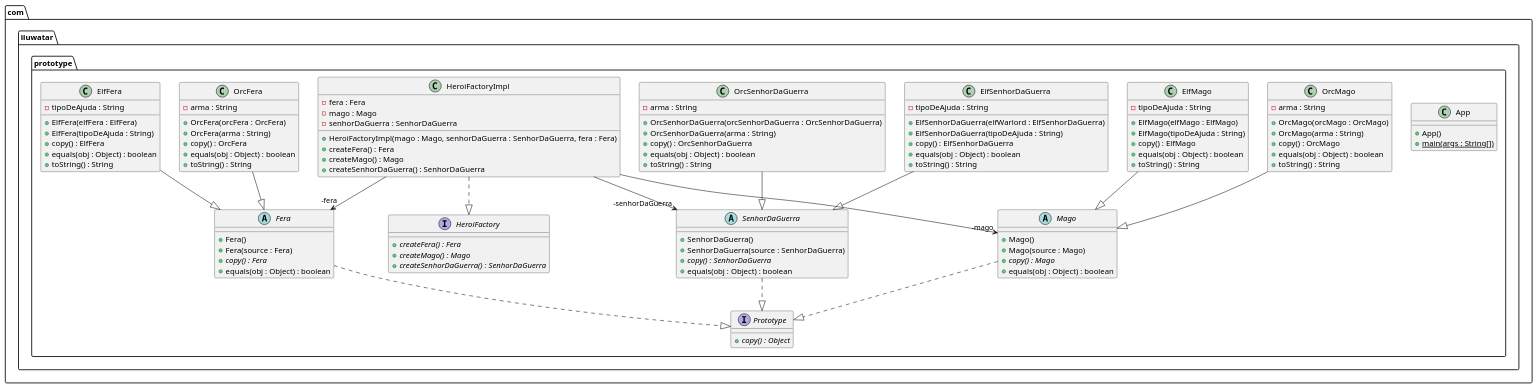
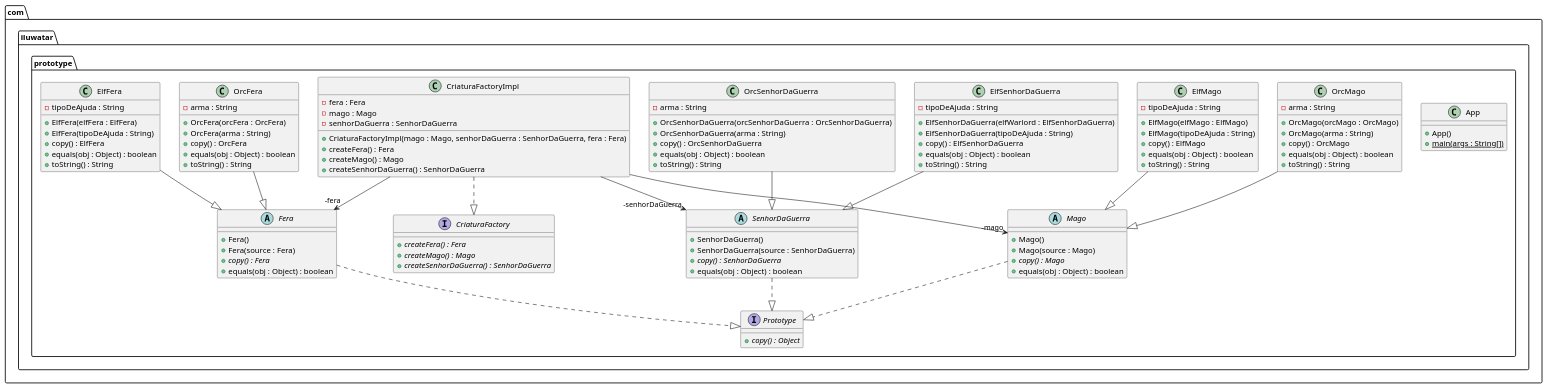
Before and after one commit to jeanLuizInsight/design-patterns-java: the diagram in src/creational/prototype/diagramas/Prototype.puml, drawn with PlantUML. The commit also changed 12 other files, not shown here.

```diff
--- a/src/creational/prototype/diagramas/Prototype.puml
+++ b/src/creational/prototype/diagramas/Prototype.puml
@@ -1,104 +1,104 @@
 @startuml
 package com.iluwatar.prototype {
   class App {
     + App()
     + main(args : String[]) {static}
   }
   interface Prototype {
     + copy() : Object {abstract}
   }
   abstract class Fera {
     + Fera()
     + Fera(source : Fera)
     + copy() : Fera {abstract}
     + equals(obj : Object) : boolean
   }
   abstract class Mago {
     + Mago()
     + Mago(source : Mago)
     + copy() : Mago {abstract}
     + equals(obj : Object) : boolean
   }
   abstract class SenhorDaGuerra {
     + SenhorDaGuerra()
     + SenhorDaGuerra(source : SenhorDaGuerra)
     + copy() : SenhorDaGuerra {abstract}
     + equals(obj : Object) : boolean
   }
   class ElfFera {
     - tipoDeAjuda : String
     + ElfFera(elfFera : ElfFera)
     + ElfFera(tipoDeAjuda : String)
     + copy() : ElfFera
     + equals(obj : Object) : boolean
     + toString() : String
   }
   class ElfMago {
     - tipoDeAjuda : String
     + ElfMago(elfMago : ElfMago)
     + ElfMago(tipoDeAjuda : String)
     + copy() : ElfMago
     + equals(obj : Object) : boolean
     + toString() : String
   }
   class ElfSenhorDaGuerra {
     - tipoDeAjuda : String
     + ElfSenhorDaGuerra(elfWarlord : ElfSenhorDaGuerra)
     + ElfSenhorDaGuerra(tipoDeAjuda : String)
     + copy() : ElfSenhorDaGuerra
     + equals(obj : Object) : boolean
     + toString() : String
   }
   class OrcFera {
     - arma : String
     + OrcFera(orcFera : OrcFera)
     + OrcFera(arma : String)
     + copy() : OrcFera
     + equals(obj : Object) : boolean
     + toString() : String
   }
   class OrcMago {
     - arma : String
     + OrcMago(orcMago : OrcMago)
     + OrcMago(arma : String)
     + copy() : OrcMago
     + equals(obj : Object) : boolean
     + toString() : String
   }
   class OrcSenhorDaGuerra {
     - arma : String
     + OrcSenhorDaGuerra(orcSenhorDaGuerra : OrcSenhorDaGuerra)
     + OrcSenhorDaGuerra(arma : String)
     + copy() : OrcSenhorDaGuerra
     + equals(obj : Object) : boolean
     + toString() : String
   }
-  interface HeroiFactory {
+  interface CriaturaFactory {
     + createFera() : Fera {abstract}
     + createMago() : Mago {abstract}
     + createSenhorDaGuerra() : SenhorDaGuerra {abstract}
   }
-  class HeroiFactoryImpl {
+  class CriaturaFactoryImpl {
     - fera : Fera
     - mago : Mago
     - senhorDaGuerra : SenhorDaGuerra
-    + HeroiFactoryImpl(mago : Mago, senhorDaGuerra : SenhorDaGuerra, fera : Fera)
+    + CriaturaFactoryImpl(mago : Mago, senhorDaGuerra : SenhorDaGuerra, fera : Fera)
     + createFera() : Fera
     + createMago() : Mago
     + createSenhorDaGuerra() : SenhorDaGuerra
   }
 }
-HeroiFactoryImpl -->  "-fera" Fera
-HeroiFactoryImpl -->  "-senhorDaGuerra" SenhorDaGuerra
-HeroiFactoryImpl -->  "-mago" Mago
+CriaturaFactoryImpl -->  "-fera" Fera
+CriaturaFactoryImpl -->  "-senhorDaGuerra" SenhorDaGuerra
+CriaturaFactoryImpl -->  "-mago" Mago
 Fera ..|> Prototype 
 Mago ..|> Prototype 
 SenhorDaGuerra ..|> Prototype 
 ElfFera--|> Fera 
 ElfMago --|> Mago
 ElfSenhorDaGuerra --|> SenhorDaGuerra 
-HeroiFactoryImpl ..|> HeroiFactory 
+CriaturaFactoryImpl ..|> CriaturaFactory 
 OrcFera --|> Fera 
 OrcMago --|> Mago 
 OrcSenhorDaGuerra --|> SenhorDaGuerra 
 @enduml
```
